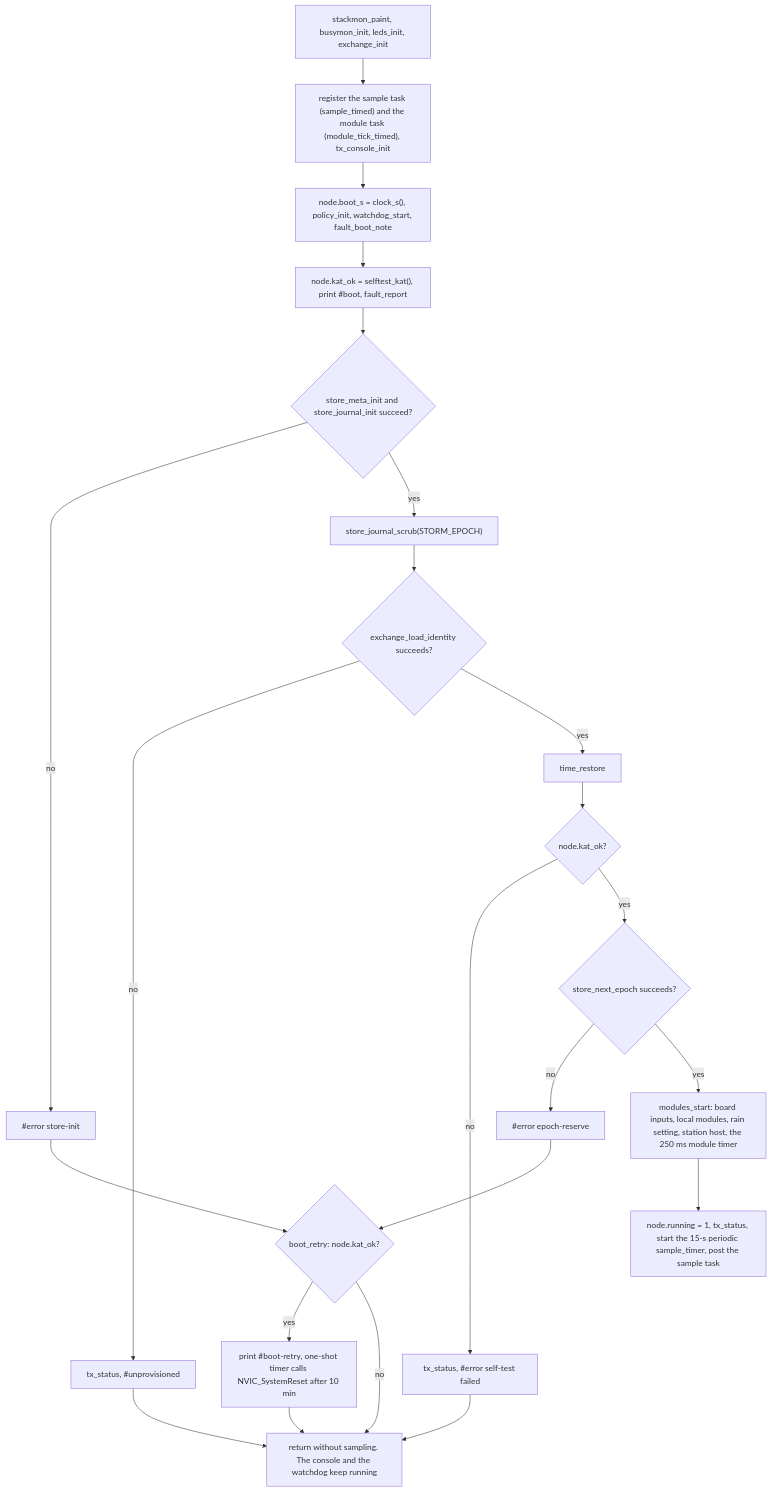
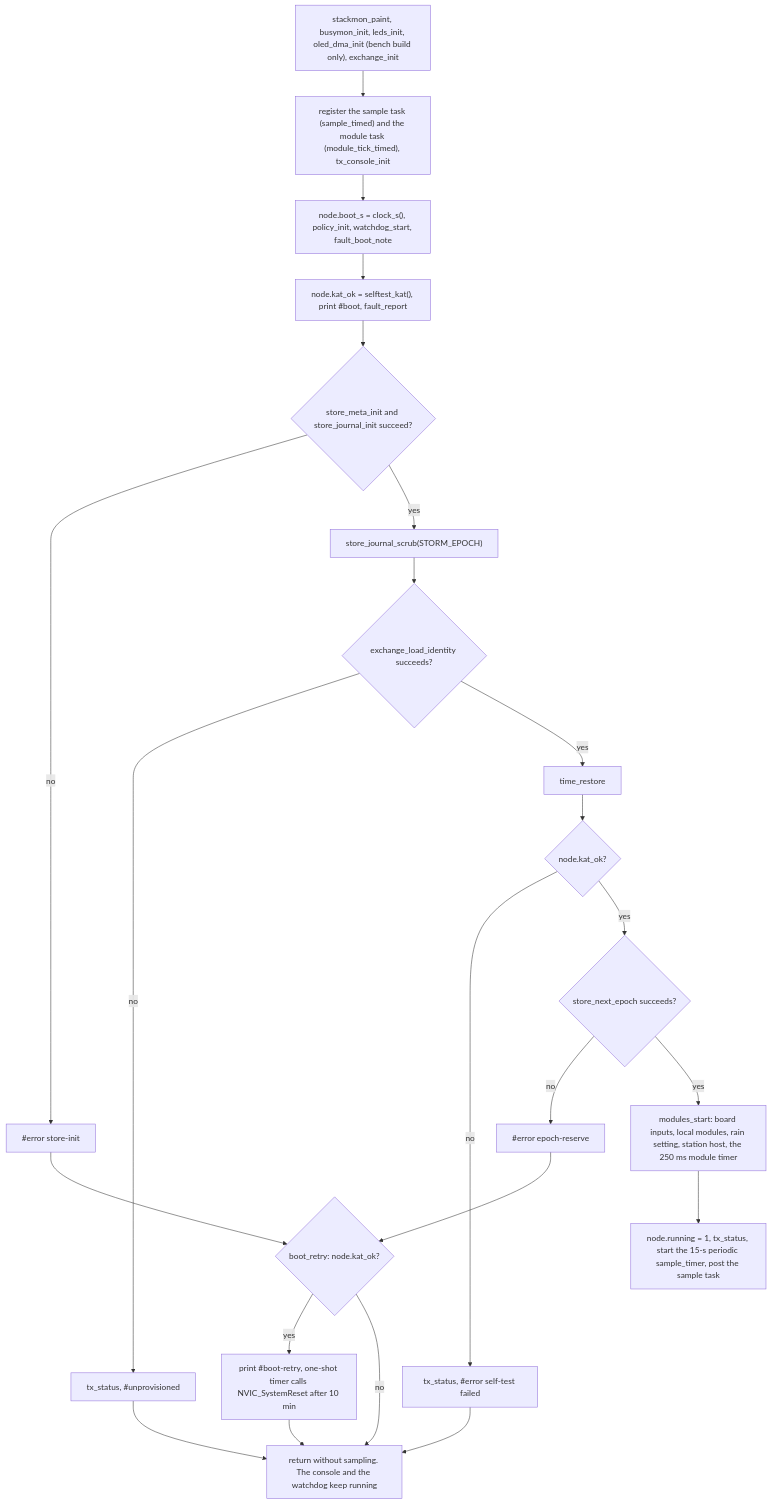
The first of 4 diagrams in firmware/stage0-node/App/app_tx.lit.md (clintecker/weather-station-2026), drawn with Mermaid before and after one commit. The commit also changed other lines of this file and 8 other files, not shown here.

First line of the commit message:
node: non-blocking SPI1 DMA driver for the bench OLED (WS_BENCH_OLED=1)

````diff
--- a/firmware/stage0-node/App/app_tx.lit.md
+++ b/firmware/stage0-node/App/app_tx.lit.md
@@ -59,25 +59,25 @@
 ```mermaid
 flowchart TD
-  A["stackmon_paint, busymon_init, leds_init, exchange_init"] --> B["register the sample task (sample_timed) and the module task (module_tick_timed), tx_console_init"]
+  A["stackmon_paint, busymon_init, leds_init, oled_dma_init (bench build only), exchange_init"] --> B["register the sample task (sample_timed) and the module task (module_tick_timed), tx_console_init"]
   B --> C["node.boot_s = clock_s(), policy_init, watchdog_start, fault_boot_note"]
   C --> D["node.kat_ok = selftest_kat(), print #boot, fault_report"]
   D --> E{"store_meta_init and store_journal_init succeed?"}
   E -- no --> E1["#error store-init"]
   E -- yes --> F["store_journal_scrub(STORM_EPOCH)"]
   F --> G{"exchange_load_identity succeeds?"}
   G -- no --> G1["tx_status, #unprovisioned"]
   G -- yes --> H["time_restore"]
   H --> I{"node.kat_ok?"}
   I -- no --> I1["tx_status, #error self-test failed"]
   I -- yes --> J{"store_next_epoch succeeds?"}
   J -- no --> J1["#error epoch-reserve"]
   J -- yes --> K["modules_start: board inputs, local modules, rain setting, station host, the 250 ms module timer"]
   K --> L["node.running = 1, tx_status, start the 15-s periodic sample_timer, post the sample task"]
   E1 --> R{"boot_retry: node.kat_ok?"}
   J1 --> R
   R -- yes --> R1["print #boot-retry, one-shot timer calls NVIC_SystemReset after 10 min"]
   R -- no --> X["return without sampling. The console and the watchdog keep running"]
   R1 --> X
   G1 --> X
   I1 --> X
 ```
````
